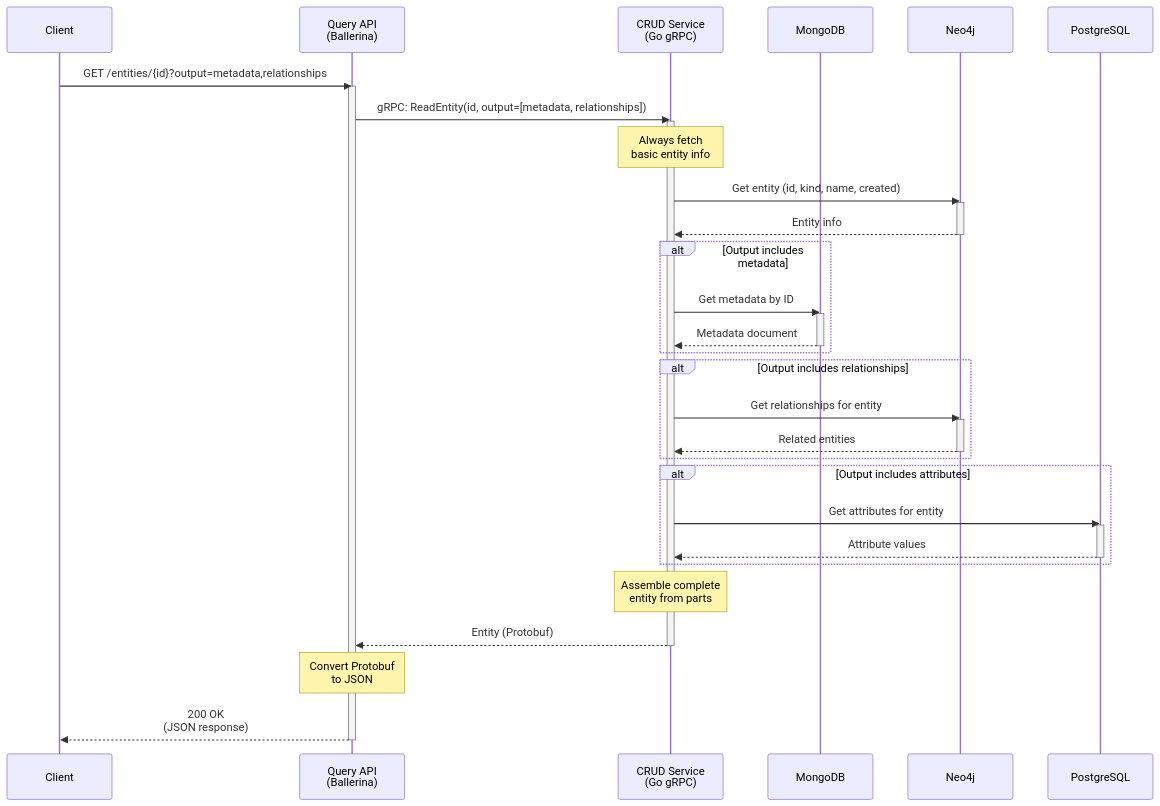
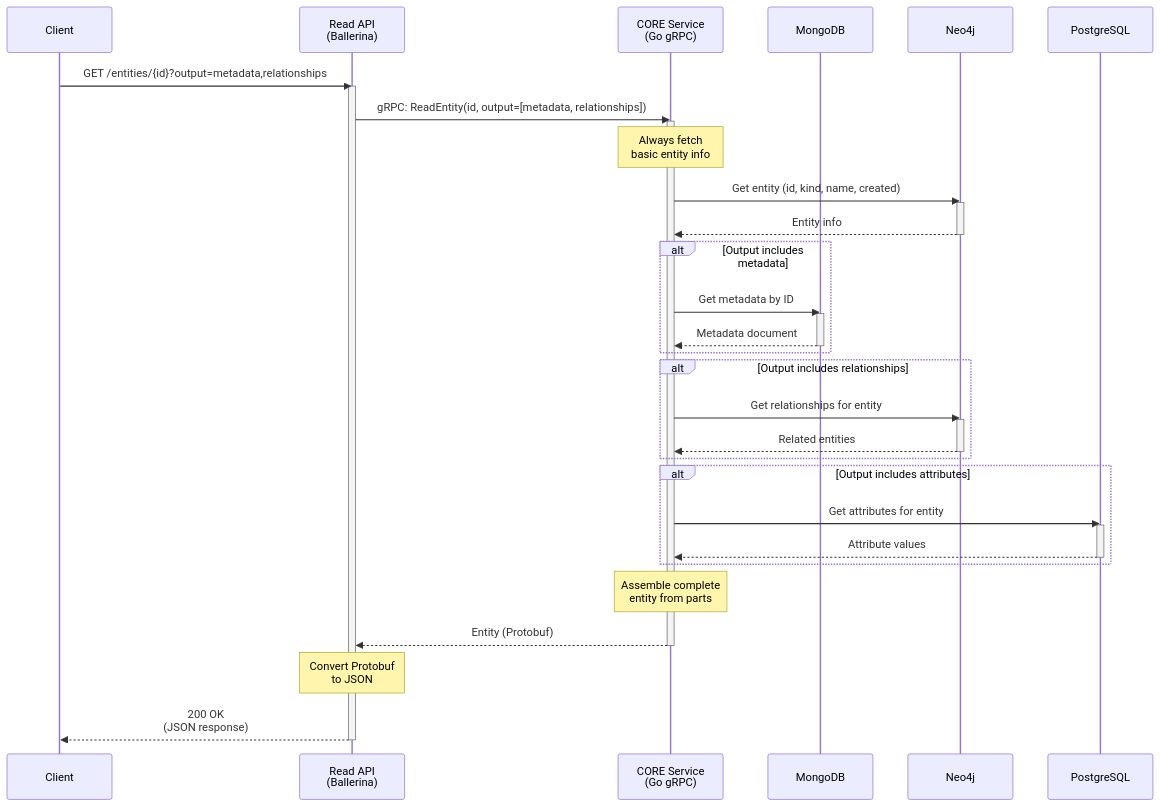
The third of 10 diagrams in docs/architecture/diagrams.md (LDFLK/nexoan), drawn with Mermaid before and after one commit. The commit also changed other lines of this file and 14 other files, not shown here.

````diff
--- a/docs/architecture/diagrams.md
+++ b/docs/architecture/diagrams.md
@@ -131,52 +131,52 @@
 ```mermaid
 sequenceDiagram
     participant Client
-    participant QueryAPI as Query API<br/>(Ballerina)
-    participant CRUD as CRUD Service<br/>(Go gRPC)
+    participant ReadAPI as Read API<br/>(Ballerina)
+    participant CORE as CORE Service<br/>(Go gRPC)
     participant Mongo as MongoDB
     participant Neo4j
     participant Postgres as PostgreSQL
     
-    Client->>QueryAPI: GET /entities/{id}?output=metadata,relationships
-    activate QueryAPI
+    Client->>ReadAPI: GET /entities/{id}?output=metadata,relationships
+    activate ReadAPI
     
-    QueryAPI->>CRUD: gRPC: ReadEntity(id, output=[metadata, relationships])
-    activate CRUD
+    ReadAPI->>CORE: gRPC: ReadEntity(id, output=[metadata, relationships])
+    activate CORE
     
-    Note over CRUD: Always fetch<br/>basic entity info
-    CRUD->>Neo4j: Get entity (id, kind, name, created)
+    Note over CORE: Always fetch<br/>basic entity info
+    CORE->>Neo4j: Get entity (id, kind, name, created)
     activate Neo4j
-    Neo4j-->>CRUD: Entity info
+    Neo4j-->>CORE: Entity info
     deactivate Neo4j
     
     alt Output includes metadata
-        CRUD->>Mongo: Get metadata by ID
+        CORE->>Mongo: Get metadata by ID
         activate Mongo
-        Mongo-->>CRUD: Metadata document
+        Mongo-->>CORE: Metadata document
         deactivate Mongo
     end
     
     alt Output includes relationships
-        CRUD->>Neo4j: Get relationships for entity
+        CORE->>Neo4j: Get relationships for entity
         activate Neo4j
-        Neo4j-->>CRUD: Related entities
+        Neo4j-->>CORE: Related entities
         deactivate Neo4j
     end
     
     alt Output includes attributes
-        CRUD->>Postgres: Get attributes for entity
+        CORE->>Postgres: Get attributes for entity
         activate Postgres
-        Postgres-->>CRUD: Attribute values
+        Postgres-->>CORE: Attribute values
         deactivate Postgres
     end
     
-    Note over CRUD: Assemble complete<br/>entity from parts
+    Note over CORE: Assemble complete<br/>entity from parts
     
-    CRUD-->>QueryAPI: Entity (Protobuf)
-    deactivate CRUD
+    CORE-->>ReadAPI: Entity (Protobuf)
+    deactivate CORE
     
-    Note over QueryAPI: Convert Protobuf<br/>to JSON
+    Note over ReadAPI: Convert Protobuf<br/>to JSON
     
-    QueryAPI-->>Client: 200 OK<br/>(JSON response)
-    deactivate QueryAPI
+    ReadAPI-->>Client: 200 OK<br/>(JSON response)
+    deactivate ReadAPI
 ```
````
